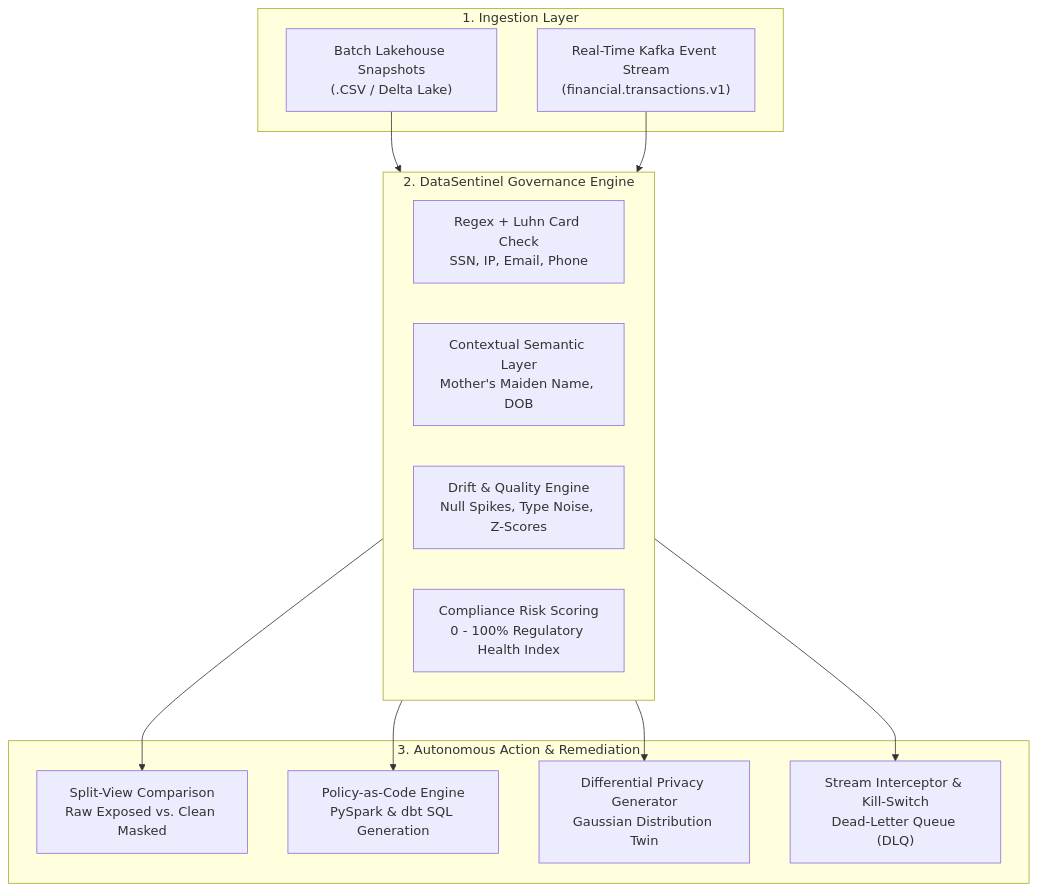
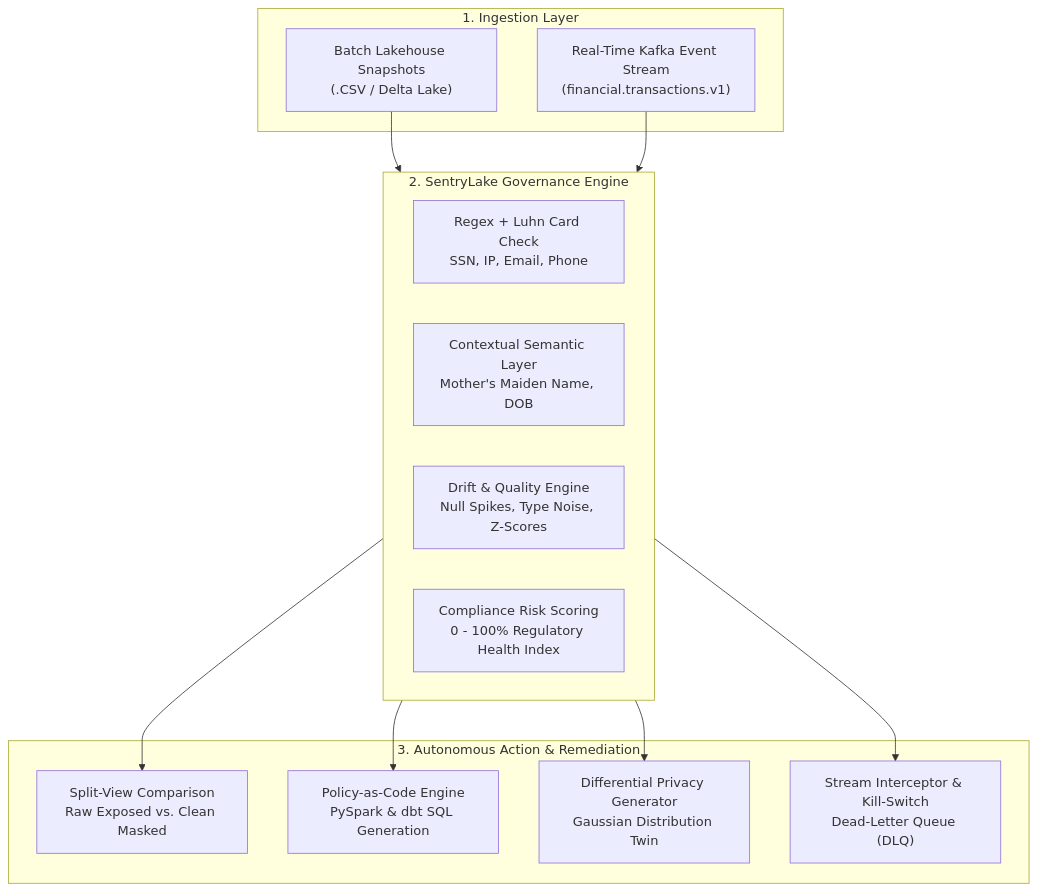
The diagram in README.md (Aryan-kashyap25/SentryLake), drawn with Mermaid before and after one commit. The commit also changed other lines of this file and 5 other files, not shown here.

````diff
--- a/README.md
+++ b/README.md
@@ -47,28 +47,28 @@
 ```mermaid
 flowchart TD
     subgraph Ingestion["1. Ingestion Layer"]
         A1["Batch Lakehouse Snapshots\n(.CSV / Delta Lake)"]
         A2["Real-Time Kafka Event Stream\n(financial.transactions.v1)"]
     end
 
-    subgraph Engine["2. DataSentinel Governance Engine"]
+    subgraph Engine["2. SentryLake Governance Engine"]
         B1["Regex + Luhn Card Check\nSSN, IP, Email, Phone"]
         B2["Contextual Semantic Layer\nMother's Maiden Name, DOB"]
         B3["Drift & Quality Engine\nNull Spikes, Type Noise, Z-Scores"]
         B4["Compliance Risk Scoring\n0 - 100% Regulatory Health Index"]
     end
 
     subgraph Actions["3. Autonomous Action & Remediation"]
         C1["Split-View Comparison\nRaw Exposed vs. Clean Masked"]
         C2["Policy-as-Code Engine\nPySpark & dbt SQL Generation"]
         C3["Differential Privacy Generator\nGaussian Distribution Twin"]
         C4["Stream Interceptor & Kill-Switch\nDead-Letter Queue (DLQ)"]
     end
 
     A1 --> Engine
     A2 --> Engine
     Engine --> C1
     Engine --> C2
     Engine --> C3
     Engine --> C4
 ```
````
